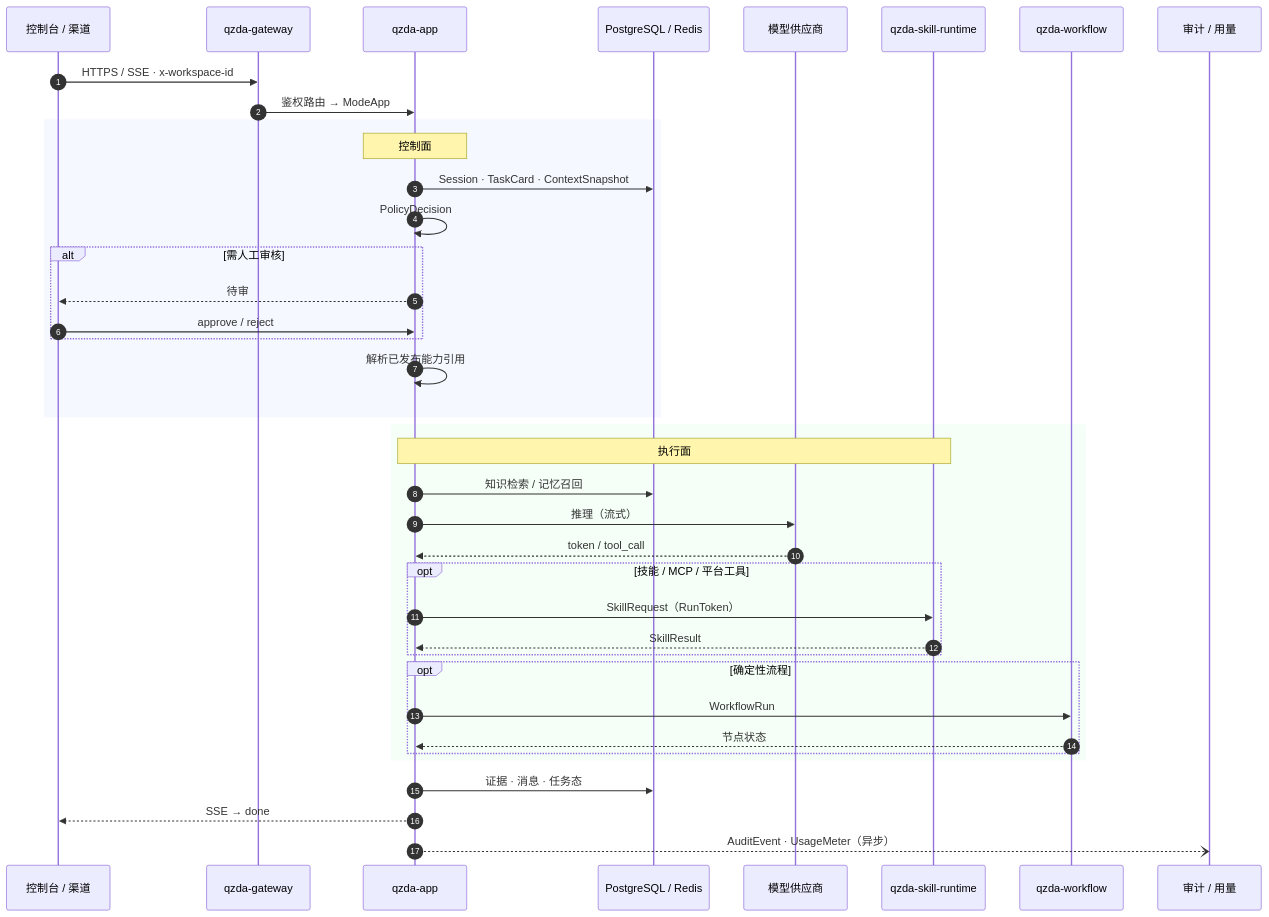
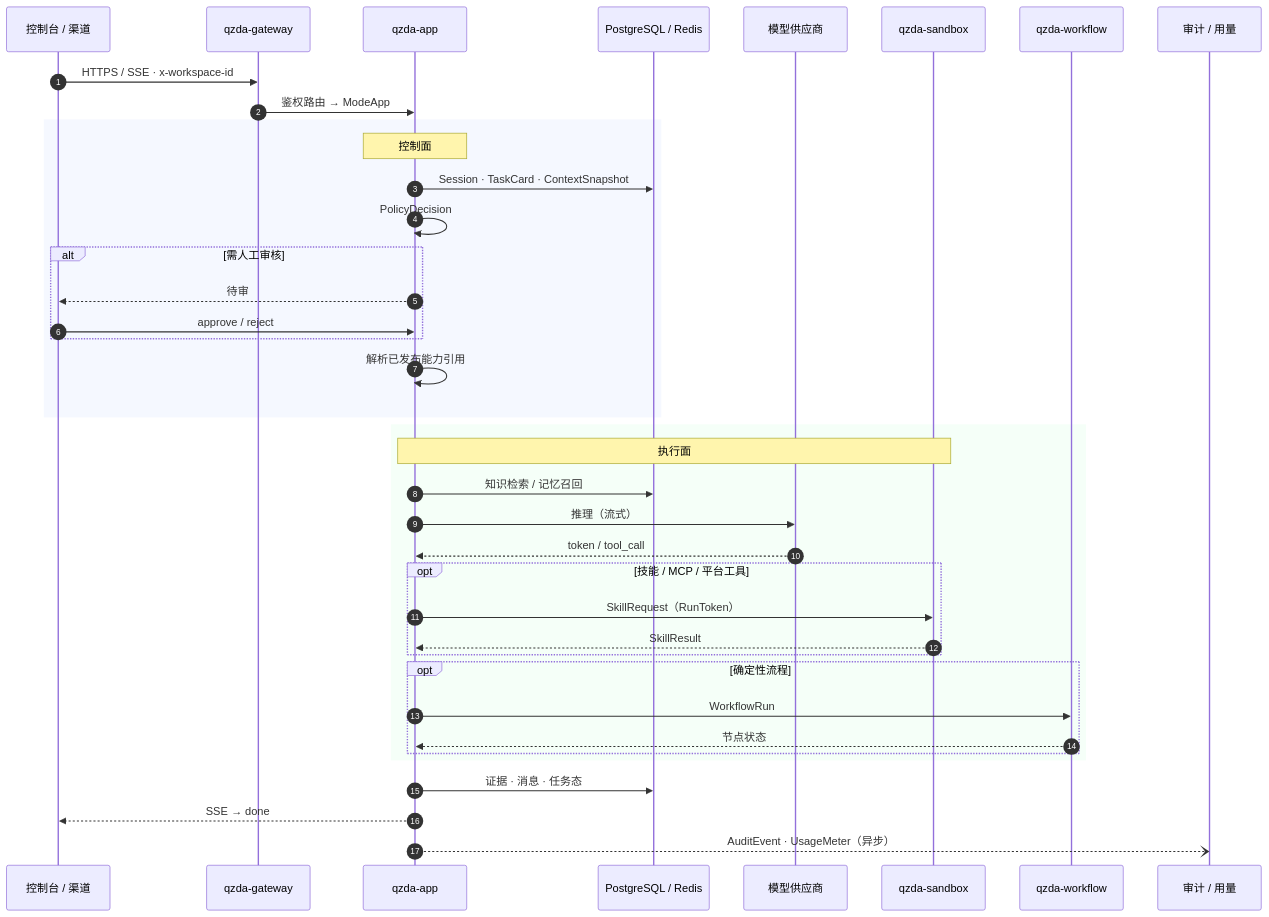
One commit to Lianjifu/QiZhiDaPartnerPlatform changed the third of 3 diagrams in backend/README.md. Above: the diagram before and after it, drawn with Mermaid. The commit also changed other lines of this file and 69 other files, not shown here.

````diff
--- a/backend/README.md
+++ b/backend/README.md
@@ -174,45 +174,45 @@
 ```mermaid
 sequenceDiagram
   autonumber
   participant UI as 控制台 / 渠道
   participant GW as qzda-gateway
   participant APP as qzda-app
   participant PG as PostgreSQL / Redis
   participant LLM as 模型供应商
-  participant SK as qzda-skill-runtime
+  participant SK as qzda-sandbox
   participant WF as qzda-workflow
   participant AUD as 审计 / 用量
 
   UI->>GW: HTTPS / SSE · x-workspace-id
   GW->>APP: 鉴权路由 → ModeApp
 
   rect rgb(245, 248, 255)
     Note over APP: 控制面
     APP->>PG: Session · TaskCard · ContextSnapshot
     APP->>APP: PolicyDecision
     alt 需人工审核
       APP-->>UI: 待审
       UI->>APP: approve / reject
     end
     APP->>APP: 解析已发布能力引用
   end
 
   rect rgb(245, 255, 248)
     Note over APP,SK: 执行面
     APP->>PG: 知识检索 / 记忆召回
     APP->>LLM: 推理（流式）
     LLM-->>APP: token / tool_call
     opt 技能 / MCP / 平台工具
       APP->>SK: SkillRequest（RunToken）
       SK-->>APP: SkillResult
     end
     opt 确定性流程
       APP->>WF: WorkflowRun
       WF-->>APP: 节点状态
     end
   end
 
   APP->>PG: 证据 · 消息 · 任务态
   APP-->>UI: SSE → done
   APP--)AUD: AuditEvent · UsageMeter（异步）
 ```
````
